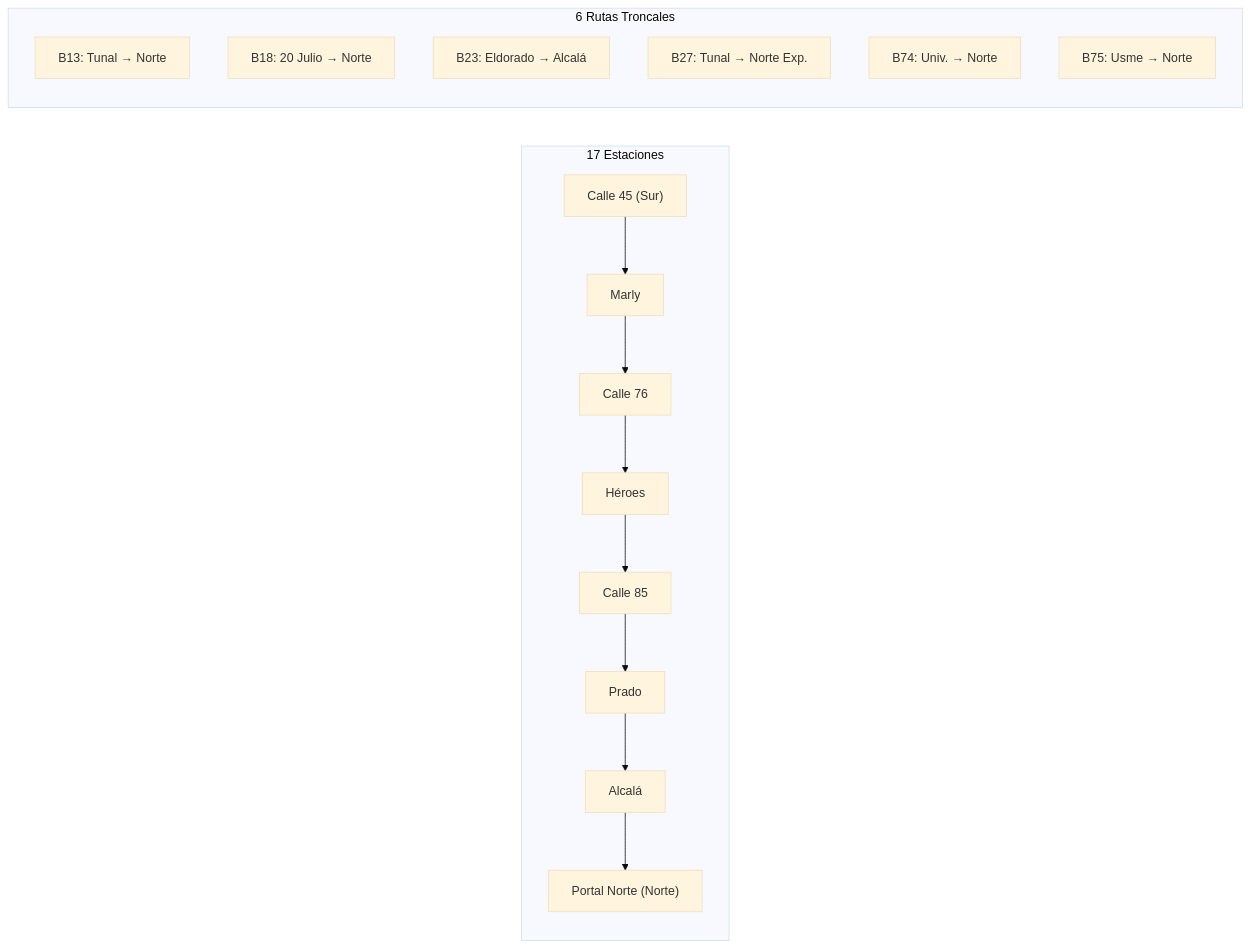
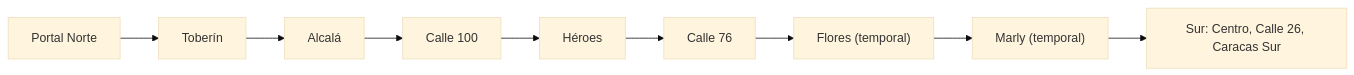
One commit to TheLudway/FlowTM changed the diagram in README.md. Above: the diagram before and after it, drawn with Mermaid (base theme). The commit also changed other lines of this file and 7 other files, not shown here.

````diff
--- a/README.md
+++ b/README.md
@@ -33,15 +35,4 @@
 ```mermaid
 graph LR
-    subgraph Corredor Troncal Caracas - Autonorte [17 Estaciones]
-        C45["Calle 45 (Sur)"] --> MLY["Marly"] --> C76["Calle 76"] --> HEROES["Héroes"]
-        HEROES --> C85["Calle 85"] --> PRADO["Prado"] --> ALCALA["Alcalá"] --> PN["Portal Norte (Norte)"]
-    end
-    subgraph 6 Rutas Troncales
-        B13["B13: Tunal → Norte"]
-        B18["B18: 20 Julio → Norte"]
-        B23["B23: Eldorado → Alcalá"]
-        B27["B27: Tunal → Norte Exp."]
-        B74["B74: Univ. → Norte"]
-        B75["B75: Usme → Norte"]
-    end
+    PN["Portal Norte"] --> TOB["Toberín"] --> ALC["Alcalá"] --> C100["Calle 100"] --> HER["Héroes"] --> C76["Calle 76"] --> FLO["Flores (temporal)"] --> MLY["Marly (temporal)"] --> SUR["Sur: Centro, Calle 26, Caracas Sur"]
 ```
````
